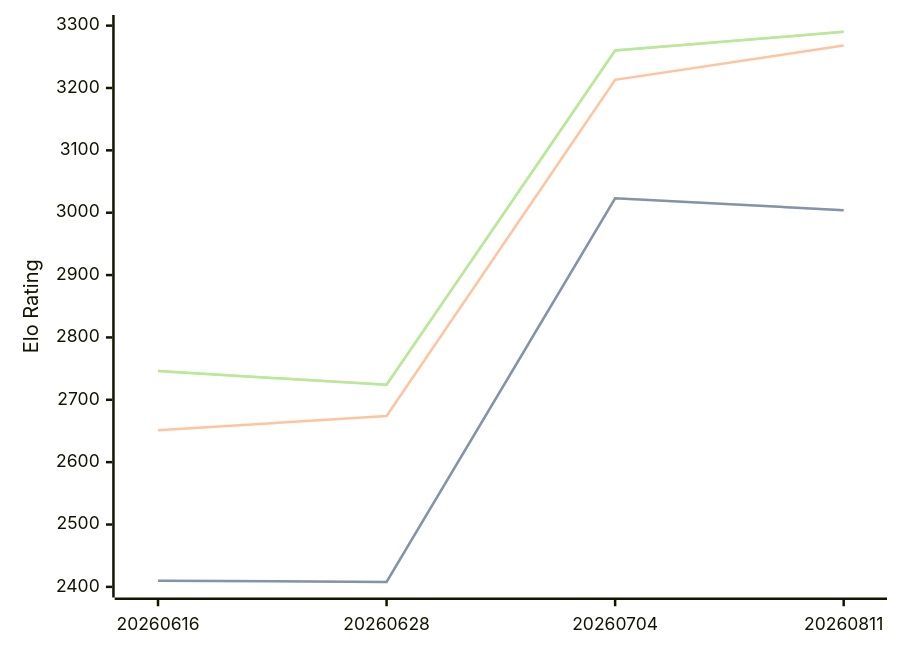
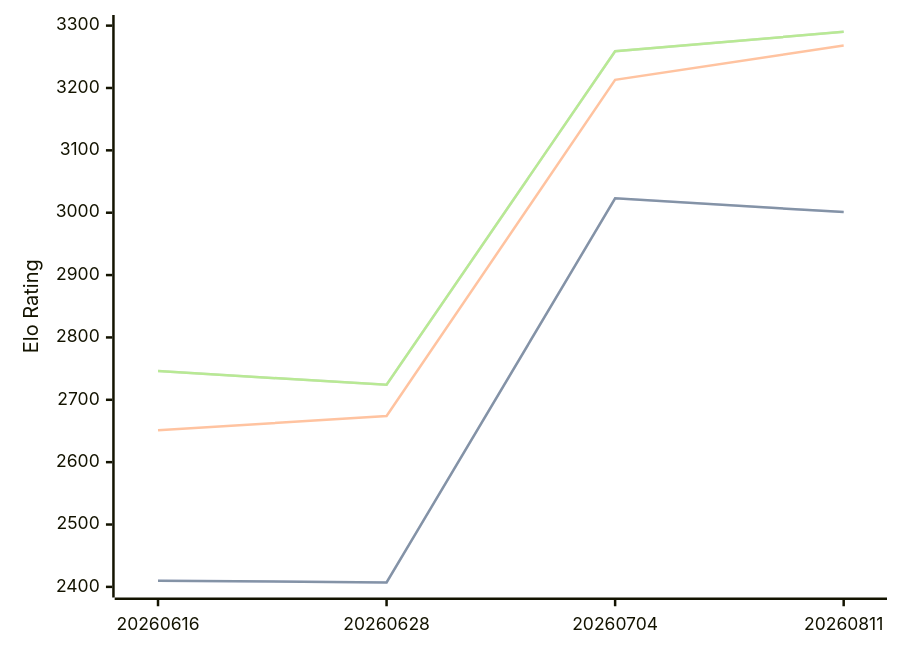
Before and after one commit to computer-chess-index/cci: the diagram in engines/Askaig.md, drawn with Mermaid. The commit also changed other lines of this file, not shown here.

Commit message:
Update CCI Ratings (ELO VLTC) - 2026-09-17

````diff
--- a/engines/Askaig.md
+++ b/engines/Askaig.md
@@ -36,11 +36,11 @@
 ```mermaid
 %%{init: {"theme":"base","themeVariables":{"seriesColors:['#a3a3a3','#222221','#faa371']}}}%%
 xychart-beta
   x-axis ["20260616", "20260628", "20260704", "20260811"]
   y-axis "Elo Rating" 2400 --> 3300
-  line "" [2410, 2408, 3023, 3004]
-  line "STC (8.0+0.08s)" [2410, 2408, 3023, 3004]
+  line "" [2410, 2407, 3023, 3001]
+  line "STC (8.0+0.08s)" [2410, 2407, 3023, 3001]
   line "LTC (60.0+0.60s)" [2651, 2674, 3213, 3268]
-  line "" [2746, 2724, 3260, 3290]
-  line "VLTC (2m24s+1.12s)" [2746, 2724, 3260, 3290]
+  line "" [2746, 2724, 3259, 3290]
+  line "VLTC (2m24s+1.12s)" [2746, 2724, 3259, 3290]
 ```
````
